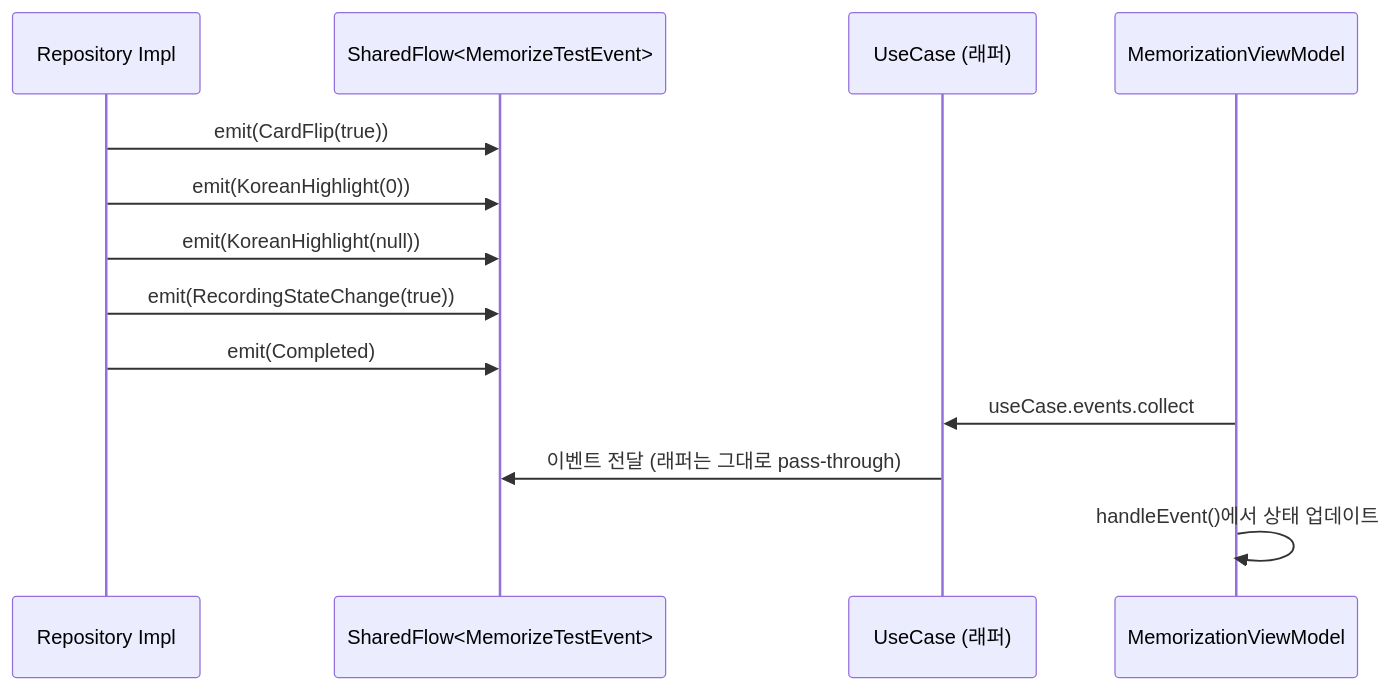
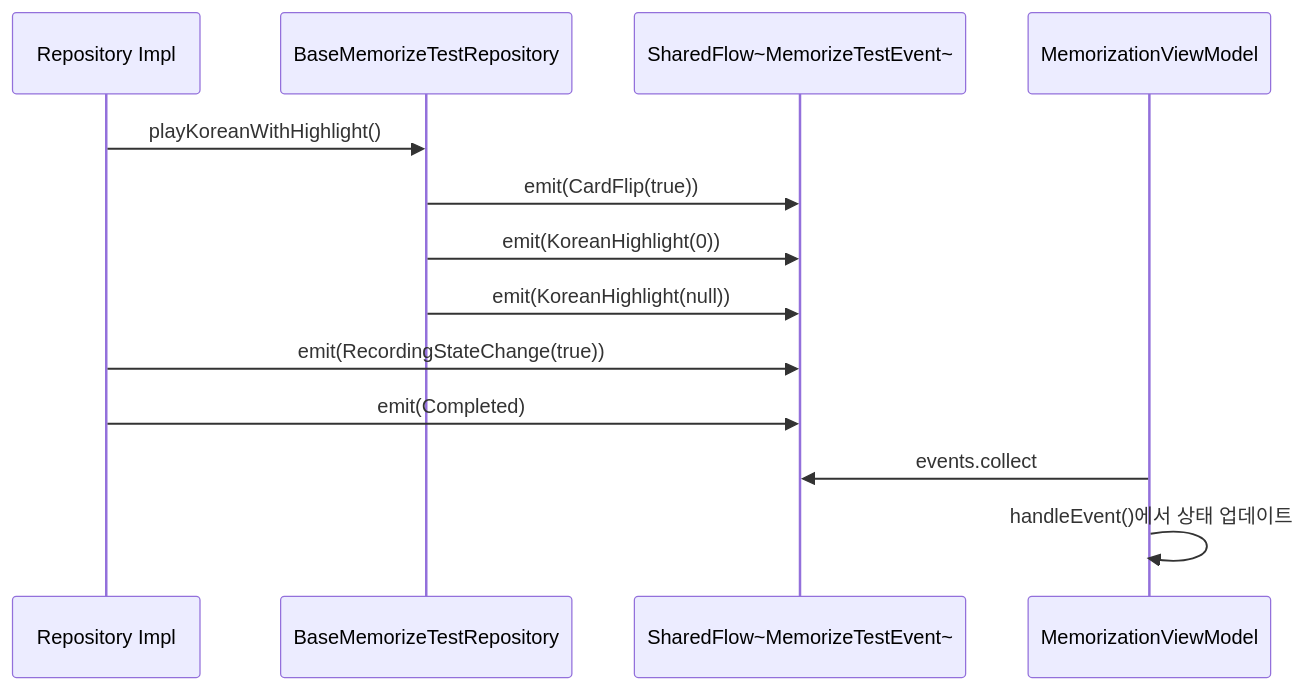
The second of 2 diagrams in .claude/architecture/ARCHITECTURE_DATA.md (AlgoLovers/OPIcHelper), drawn with Mermaid before and after one commit. The commit also changed other lines of this file and 9 other files, not shown here.

````diff
--- a/.claude/architecture/ARCHITECTURE_DATA.md
+++ b/.claude/architecture/ARCHITECTURE_DATA.md
@@ -94,17 +132,17 @@
 ```mermaid
 sequenceDiagram
     participant Repo as Repository Impl
-    participant Flow as SharedFlow<MemorizeTestEvent>
-    participant UC as UseCase (래퍼)
+    participant Base as BaseMemorizeTestRepository
+    participant Flow as SharedFlow~MemorizeTestEvent~
     participant VM as MemorizationViewModel
 
-    Repo->>Flow: emit(CardFlip(true))
-    Repo->>Flow: emit(KoreanHighlight(0))
-    Repo->>Flow: emit(KoreanHighlight(null))
+    Repo->>Base: playKoreanWithHighlight()
+    Base->>Flow: emit(CardFlip(true))
+    Base->>Flow: emit(KoreanHighlight(0))
+    Base->>Flow: emit(KoreanHighlight(null))
     Repo->>Flow: emit(RecordingStateChange(true))
     Repo->>Flow: emit(Completed)
 
-    VM->>UC: useCase.events.collect
-    UC->>Flow: 이벤트 전달 (래퍼는 그대로 pass-through)
+    VM->>Flow: events.collect
     VM->>VM: handleEvent()에서 상태 업데이트
 ```
````
